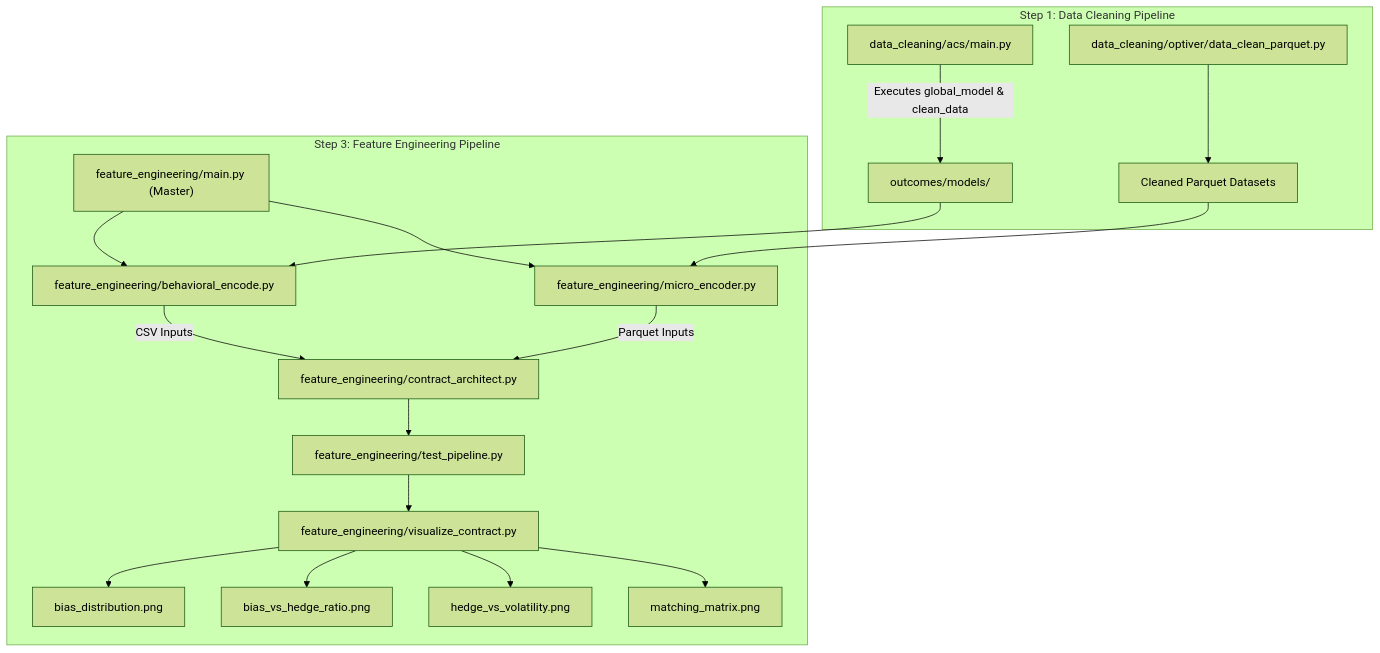
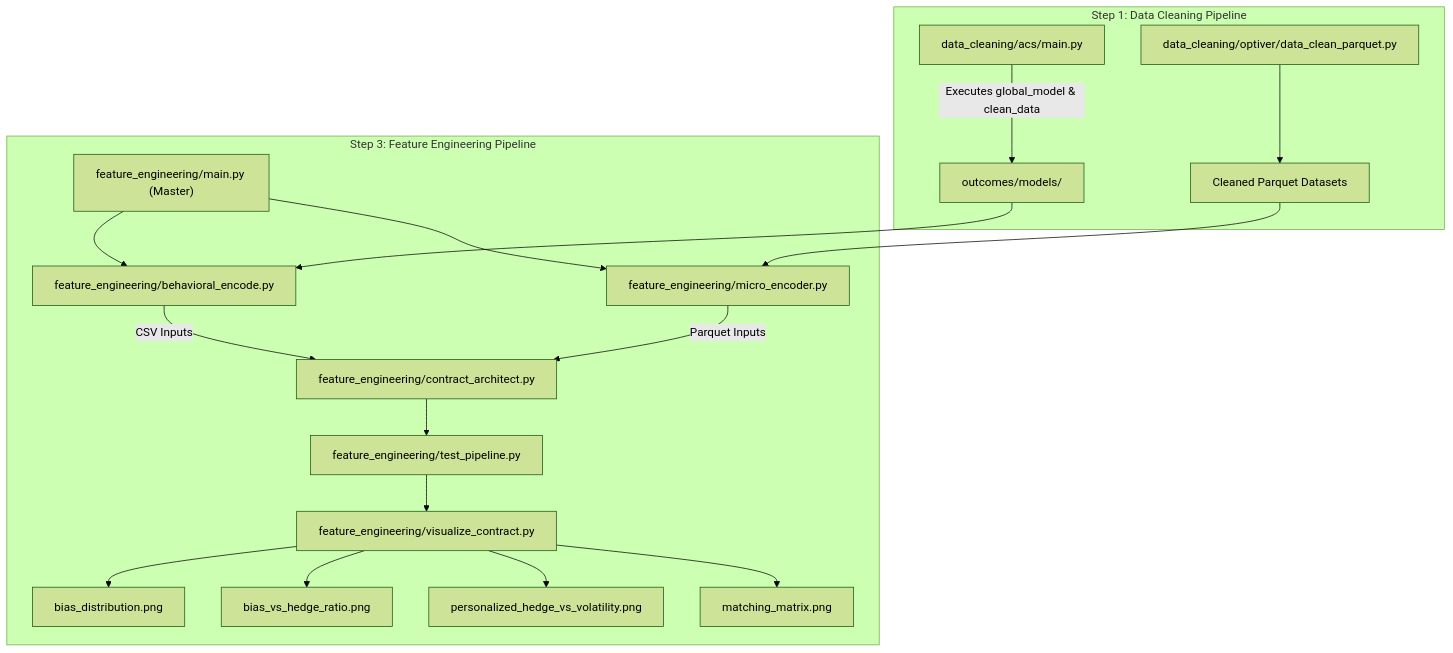
One commit to pikum06/behavioral-microstructure-matching-engine changed the first of 3 diagrams in README.md. Above: the diagram before and after it, drawn with Mermaid (forest theme). The commit also changed other lines of this file, not shown here.

````diff
--- a/README.md
+++ b/README.md
@@ -124,28 +124,28 @@
 ```mermaid
 graph TD
     subgraph Step1 ["Step 1: Data Cleaning Pipeline"]
         DC1["data_cleaning/acs/main.py"] -->|"Executes global_model & clean_data"| DC_MOD["outcomes/models/"]
         DC2["data_cleaning/optiver/data_clean_parquet.py"] --> DC_PAR["Cleaned Parquet Datasets"]
     end
 
     subgraph Step3 ["Step 3: Feature Engineering Pipeline"]
         FE_MAIN["feature_engineering/main.py (Master)"] --> FE_BE["feature_engineering/behavioral_encode.py"]
         FE_MAIN --> FE_ME["feature_engineering/micro_encoder.py"]
         
         FE_BE -->|"CSV Inputs"| FE_CA["feature_engineering/contract_architect.py"]
         FE_ME -->|"Parquet Inputs"| FE_CA
         
         FE_CA --> FE_TP["feature_engineering/test_pipeline.py"]
         FE_TP --> FE_VC["feature_engineering/visualize_contract.py"]
 
         %% Contract Visualization Graphs
         FE_VC --> FE_G1["bias_distribution.png"]
         FE_VC --> FE_G2["bias_vs_hedge_ratio.png"]
-        FE_VC --> FE_G3["hedge_vs_volatility.png"]
+        FE_VC --> FE_G3["personalized_hedge_vs_volatility.png"]
         FE_VC --> FE_G4["matching_matrix.png"]
     end
 
     %% Data Flow Dependencies
     DC_MOD --> FE_BE
     DC_PAR --> FE_ME
 ```
````
